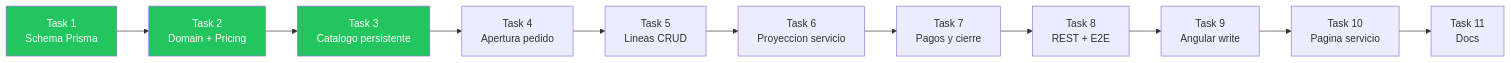
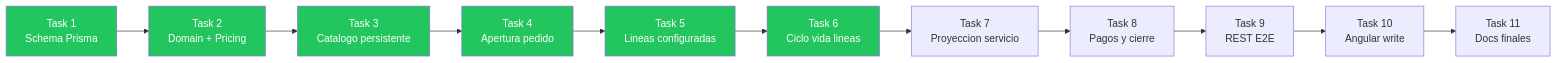
The first of 6 diagrams in backend/docs/service-floor-api.md (Programito/fullstack-architecture-lab), drawn with Mermaid before and after one commit. The commit also changed other lines of this file, not shown here.

````diff
--- a/backend/docs/service-floor-api.md
+++ b/backend/docs/service-floor-api.md
@@ -11,17 +11,20 @@
 ```mermaid
 flowchart LR
   T1[Task 1\nSchema Prisma] --> T2[Task 2\nDomain + Pricing]
   T2 --> T3[Task 3\nCatalogo persistente]
   T3 --> T4[Task 4\nApertura pedido]
-  T4 --> T5[Task 5\nLineas CRUD]
-  T5 --> T6[Task 6\nProyeccion servicio]
-  T6 --> T7[Task 7\nPagos y cierre]
-  T7 --> T8[Task 8\nREST + E2E]
-  T8 --> T9[Task 9\nAngular write]
-  T9 --> T10[Task 10\nPagina servicio]
-  T10 --> T11[Task 11\nDocs]
+  T4 --> T5[Task 5\nLineas configuradas]
+  T5 --> T6[Task 6\nCiclo vida lineas]
+  T6 --> T7[Task 7\nProyeccion servicio]
+  T7 --> T8[Task 8\nPagos y cierre]
+  T8 --> T9[Task 9\nREST E2E]
+  T9 --> T10[Task 10\nAngular write]
+  T10 --> T11[Task 11\nDocs finales]
 
   style T1 fill:#22c55e,color:#fff
   style T2 fill:#22c55e,color:#fff
   style T3 fill:#22c55e,color:#fff
+  style T4 fill:#22c55e,color:#fff
+  style T5 fill:#22c55e,color:#fff
+  style T6 fill:#22c55e,color:#fff
 ```
````
